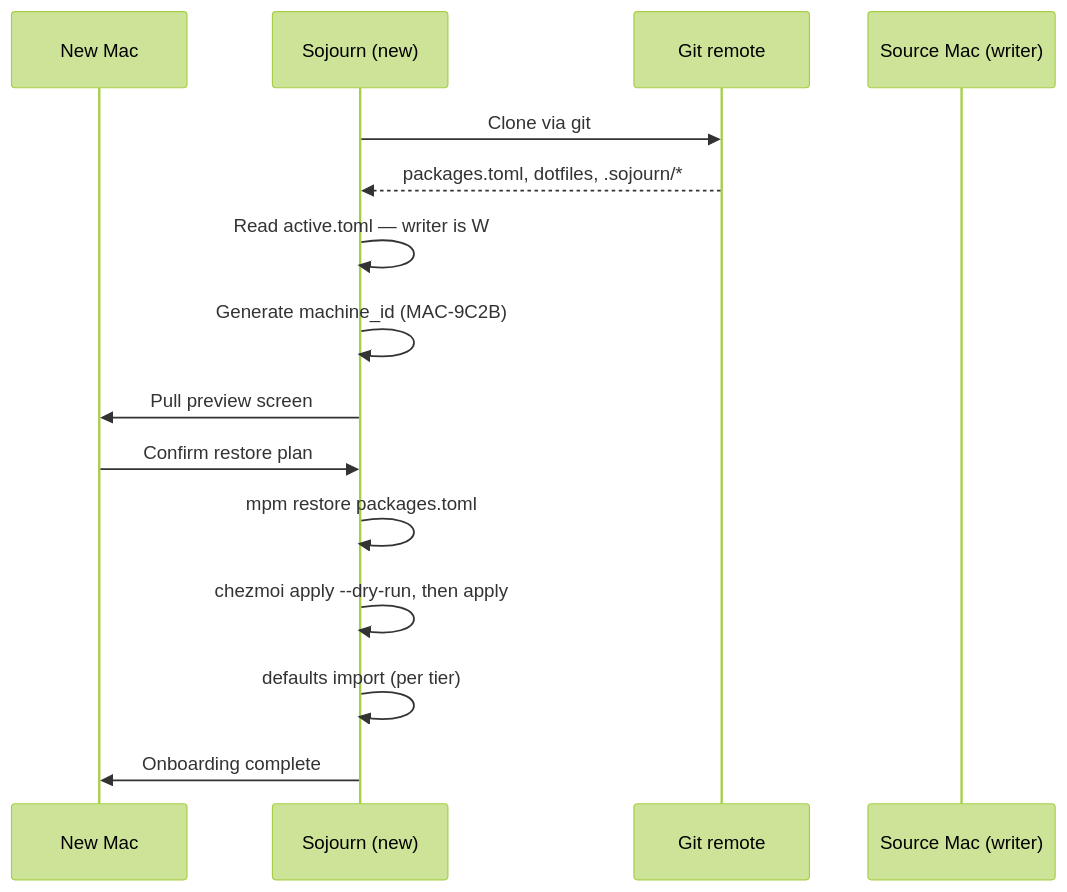
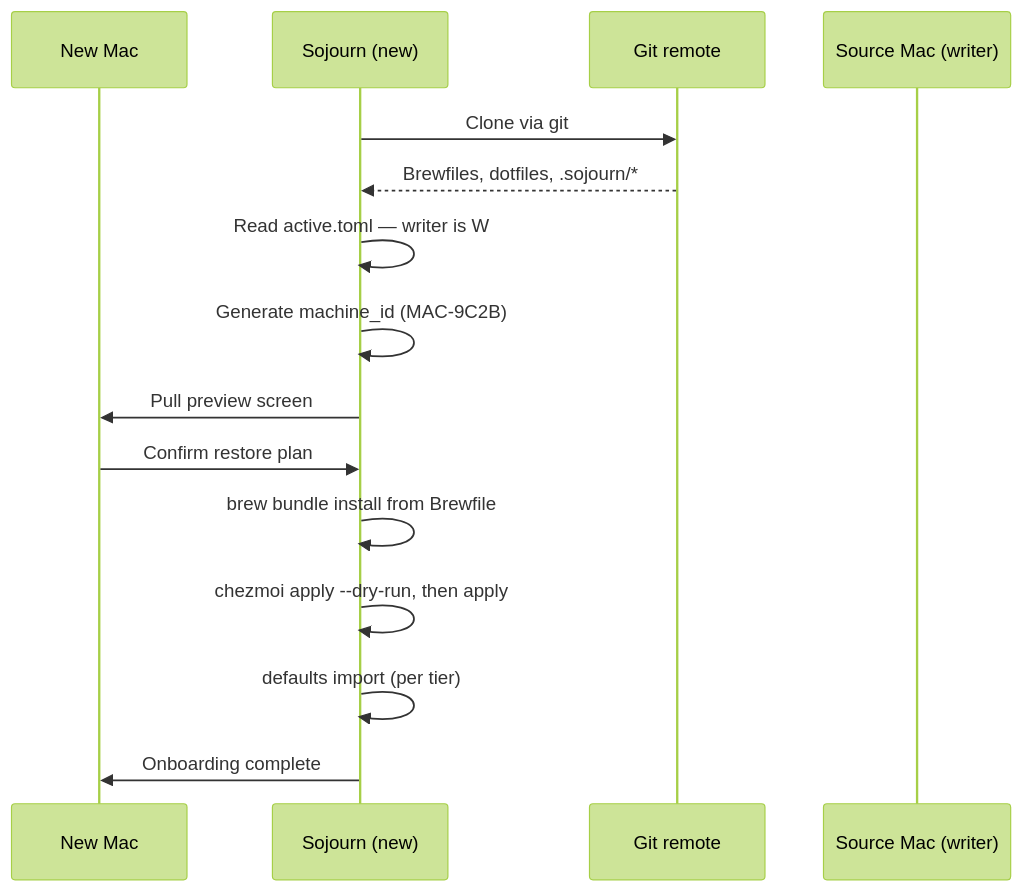
The diagram in docs/start/03-second-machine.md (Bizarre-Industries/Sojourn), drawn with Mermaid (forest theme) before and after one commit. The commit also changed other lines of this file and 25 other files, not shown here.

````diff
--- a/docs/start/03-second-machine.md
+++ b/docs/start/03-second-machine.md
@@ -27,17 +27,17 @@
 ```mermaid
 sequenceDiagram
     participant N as New Mac
     participant S as Sojourn (new)
     participant G as Git remote
     participant W as Source Mac (writer)
     S->>G: Clone via git
-    G-->>S: packages.toml, dotfiles, .sojourn/*
+    G-->>S: Brewfiles, dotfiles, .sojourn/*
     S->>S: Read active.toml — writer is W
     S->>S: Generate machine_id (MAC-9C2B)
     S->>N: Pull preview screen
     N->>S: Confirm restore plan
-    S->>S: mpm restore packages.toml
+    S->>S: brew bundle install from Brewfile
     S->>S: chezmoi apply --dry-run, then apply
     S->>S: defaults import (per tier)
     S->>N: Onboarding complete
 ```
````
